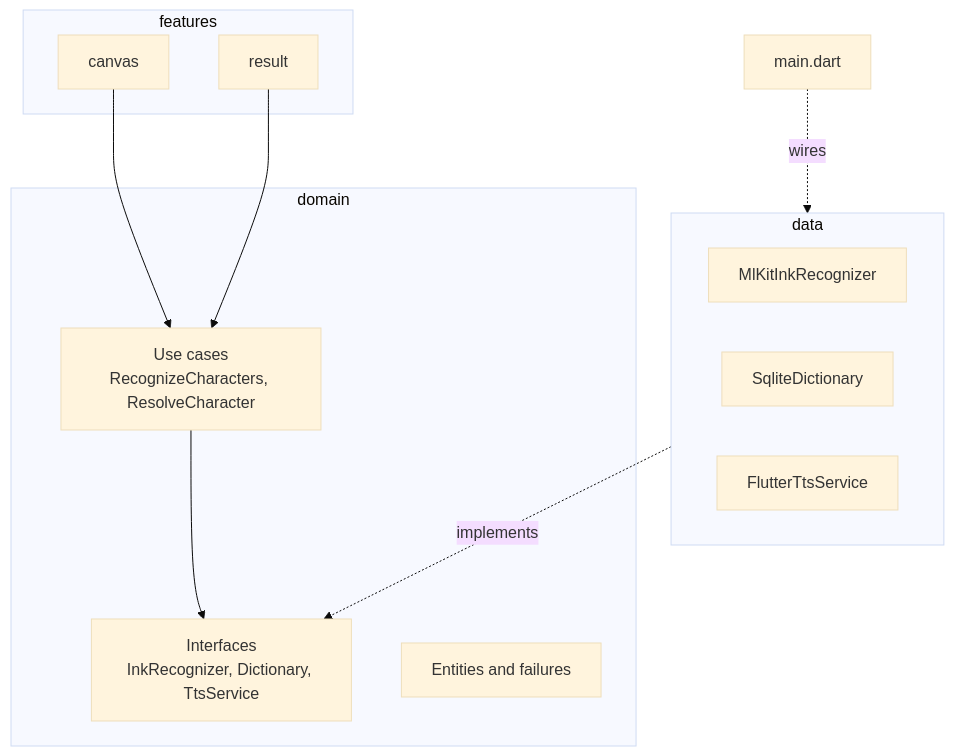
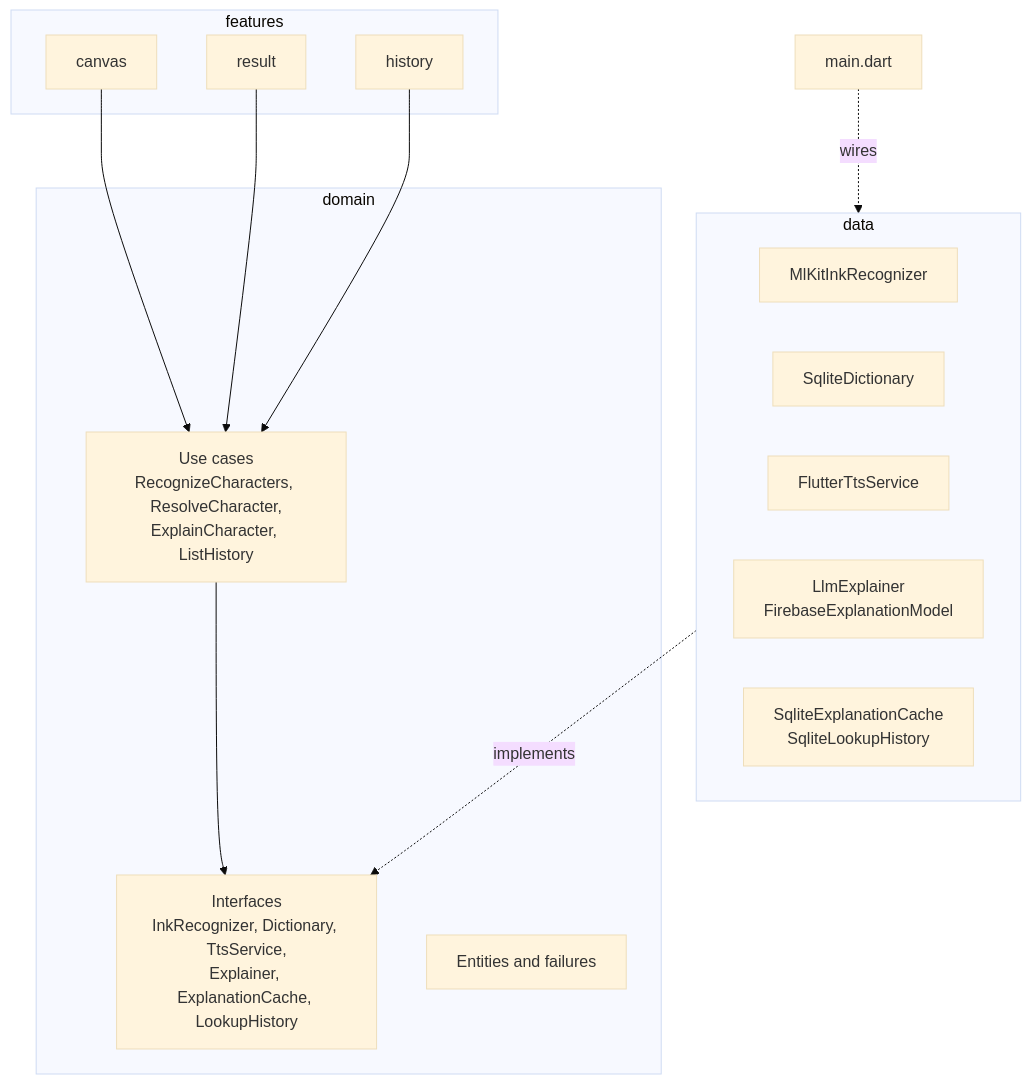
One commit to nicolinx/character-lens changed the fourth of 4 diagrams in README.md. Above: the diagram before and after it, drawn with Mermaid (base theme). The commit also changed other lines of this file and 1 other file, not shown here.

Commit message:
docs: update data flow and readme for ai and history

````diff
--- a/README.md
+++ b/README.md
@@ -74,22 +93,26 @@
 ```mermaid
 flowchart TB
   subgraph features
     canvas
     result
+    history
   end
   subgraph domain
-    UC[Use cases<br>RecognizeCharacters, ResolveCharacter]
-    IF[Interfaces<br>InkRecognizer, Dictionary, TtsService]
+    UC[Use cases<br>RecognizeCharacters, ResolveCharacter,<br>ExplainCharacter, ListHistory]
+    IF[Interfaces<br>InkRecognizer, Dictionary, TtsService,<br>Explainer, ExplanationCache, LookupHistory]
     EN[Entities and failures]
   end
   subgraph data
     ink[MlKitInkRecognizer]
     sql[SqliteDictionary]
     tts[FlutterTtsService]
+    ai[LlmExplainer<br>FirebaseExplanationModel]
+    cache[SqliteExplanationCache<br>SqliteLookupHistory]
   end
   canvas --> UC
   result --> UC
+  history --> UC
   UC --> IF
   data -. implements .-> IF
   main[main.dart] -. wires .-> data
 ```
````
